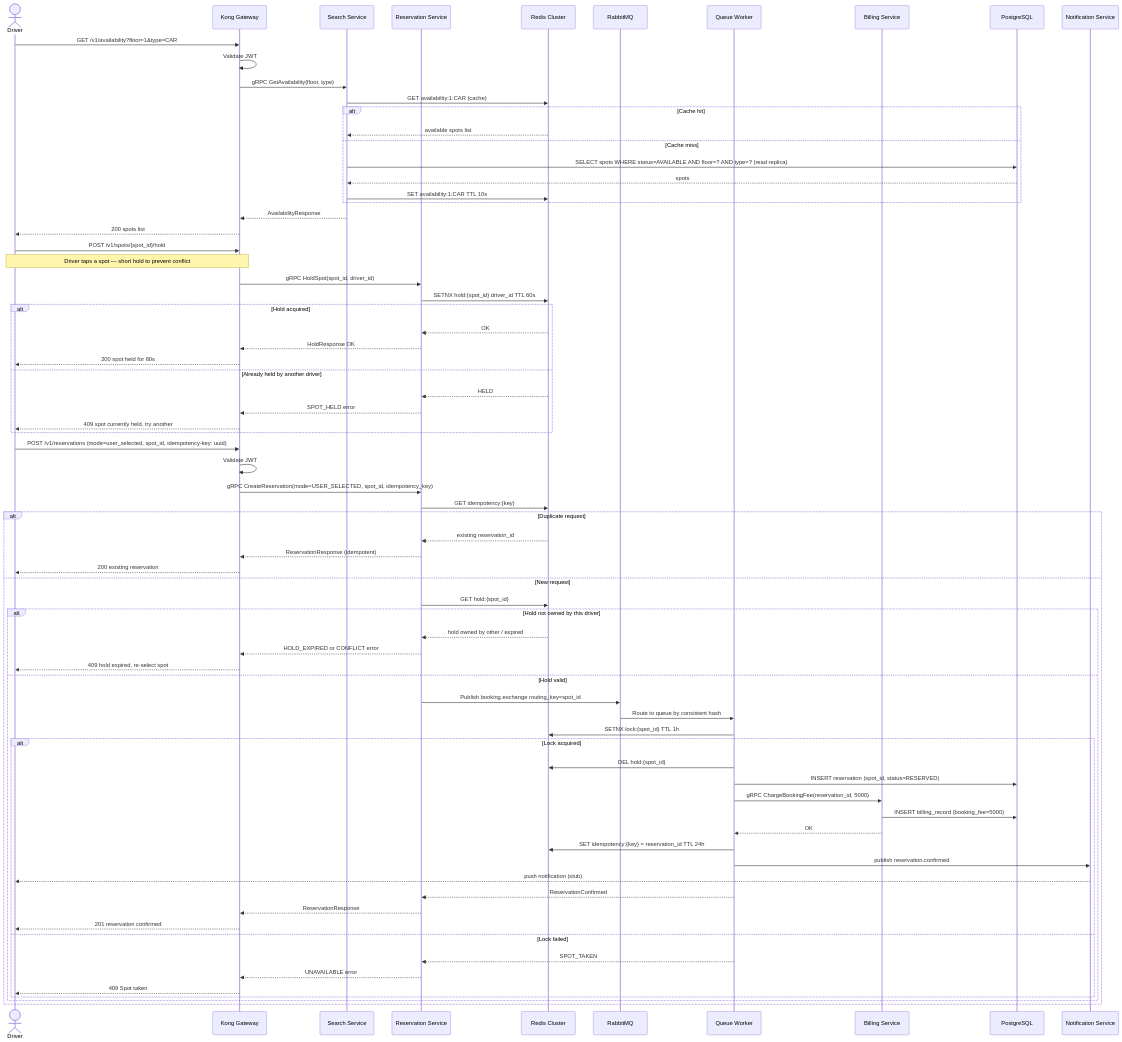
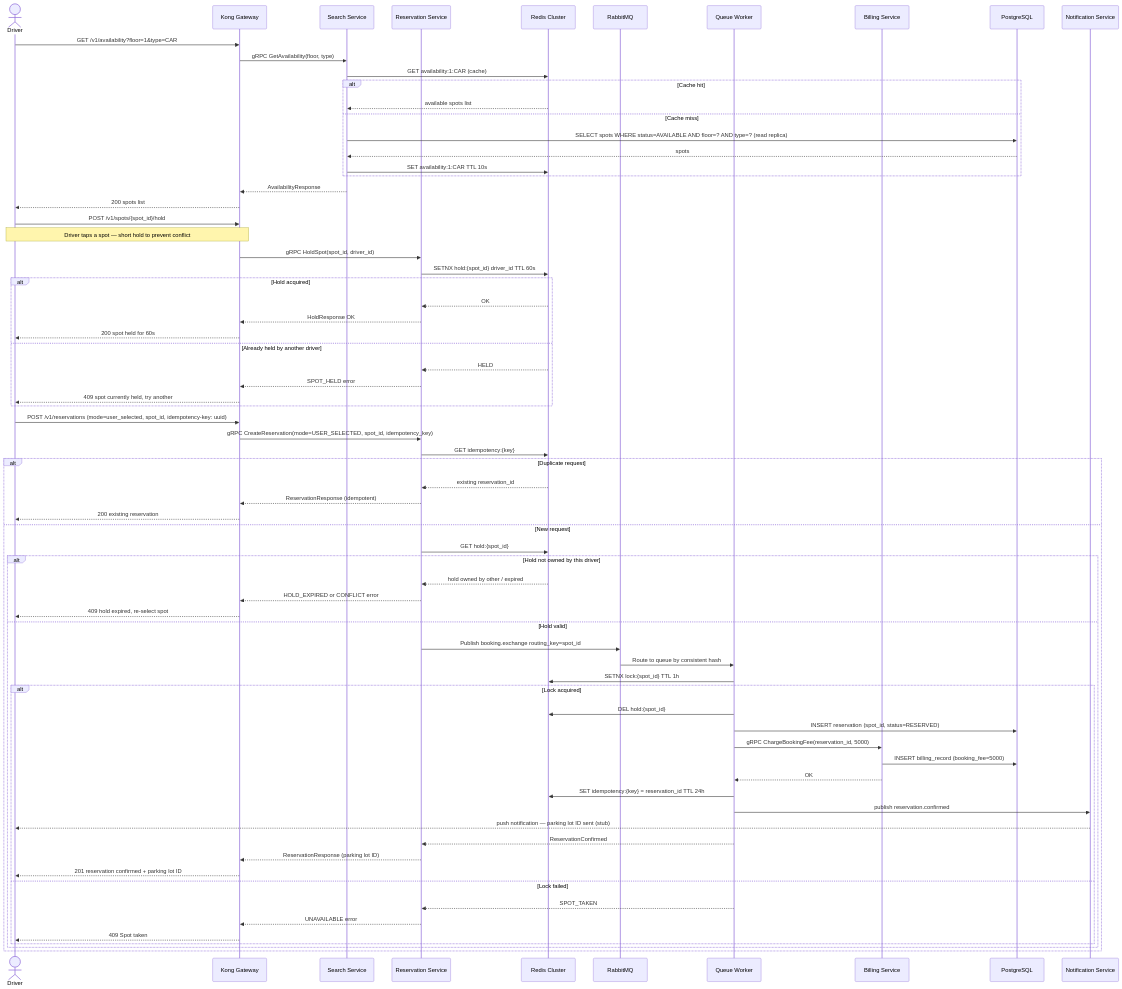
Before and after one commit to ParkirPintar/parkir-pintar-backend: diagram 14 of 23 in README.md, drawn with Mermaid. The commit also changed other lines of this file and 42 other files, not shown here.

````diff
--- a/README.md
+++ b/README.md
@@ -1009,80 +986,78 @@
 ```mermaid
 sequenceDiagram
     actor Driver
     participant Kong as Kong Gateway
     participant Search as Search Service
     participant Reservation as Reservation Service
     participant Redis as Redis Cluster
     participant RMQ as RabbitMQ
     participant Worker as Queue Worker
     participant Billing as Billing Service
     participant DB as PostgreSQL
     participant Notif as Notification Service
 
     Driver->>Kong: GET /v1/availability?floor=1&type=CAR
-    Kong->>Kong: Validate JWT
     Kong->>Search: gRPC GetAvailability(floor, type)
     Search->>Redis: GET availability:1:CAR (cache)
     alt Cache hit
         Redis-->>Search: available spots list
     else Cache miss
-            Search->>DB: SELECT spots WHERE status=AVAILABLE AND floor=? AND type=? (read replica)
-            DB-->>Search: spots
-            Search->>Redis: SET availability:1:CAR TTL 10s
-        end
+        Search->>DB: SELECT spots WHERE status=AVAILABLE AND floor=? AND type=? (read replica)
+        DB-->>Search: spots
+        Search->>Redis: SET availability:1:CAR TTL 10s
+    end
     Search-->>Kong: AvailabilityResponse
     Kong-->>Driver: 200 spots list
 
     Driver->>Kong: POST /v1/spots/{spot_id}/hold
     note over Driver,Kong: Driver taps a spot — short hold to prevent conflict
     Kong->>Reservation: gRPC HoldSpot(spot_id, driver_id)
     Reservation->>Redis: SETNX hold:{spot_id} driver_id TTL 60s
     alt Hold acquired
         Redis-->>Reservation: OK
         Reservation-->>Kong: HoldResponse OK
         Kong-->>Driver: 200 spot held for 60s
     else Already held by another driver
         Redis-->>Reservation: HELD
         Reservation-->>Kong: SPOT_HELD error
         Kong-->>Driver: 409 spot currently held, try another
     end
 
     Driver->>Kong: POST /v1/reservations (mode=user_selected, spot_id, idempotency-key: uuid)
-    Kong->>Kong: Validate JWT
     Kong->>Reservation: gRPC CreateReservation(mode=USER_SELECTED, spot_id, idempotency_key)
 
     Reservation->>Redis: GET idempotency:{key}
     alt Duplicate request
         Redis-->>Reservation: existing reservation_id
         Reservation-->>Kong: ReservationResponse (idempotent)
         Kong-->>Driver: 200 existing reservation
     else New request
         Reservation->>Redis: GET hold:{spot_id}
         alt Hold not owned by this driver
             Redis-->>Reservation: hold owned by other / expired
             Reservation-->>Kong: HOLD_EXPIRED or CONFLICT error
             Kong-->>Driver: 409 hold expired, re-select spot
         else Hold valid
             Reservation->>RMQ: Publish booking.exchange routing_key=spot_id
             RMQ->>Worker: Route to queue by consistent hash
             Worker->>Redis: SETNX lock:{spot_id} TTL 1h
             alt Lock acquired
                 Worker->>Redis: DEL hold:{spot_id}
                 Worker->>DB: INSERT reservation (spot_id, status=RESERVED)
                 Worker->>Billing: gRPC ChargeBookingFee(reservation_id, 5000)
                 Billing->>DB: INSERT billing_record (booking_fee=5000)
                 Billing-->>Worker: OK
                 Worker->>Redis: SET idempotency:{key} = reservation_id TTL 24h
                 Worker->>Notif: publish reservation.confirmed
-                Notif-->>Driver: push notification (stub)
+                Notif-->>Driver: push notification — parking lot ID sent (stub)
                 Worker-->>Reservation: ReservationConfirmed
-                Reservation-->>Kong: ReservationResponse
-                Kong-->>Driver: 201 reservation confirmed
+                Reservation-->>Kong: ReservationResponse (parking lot ID)
+                Kong-->>Driver: 201 reservation confirmed + parking lot ID
             else Lock failed
                 Worker-->>Reservation: SPOT_TAKEN
                 Reservation-->>Kong: UNAVAILABLE error
                 Kong-->>Driver: 409 Spot taken
             end
         end
     end
 ```
````
